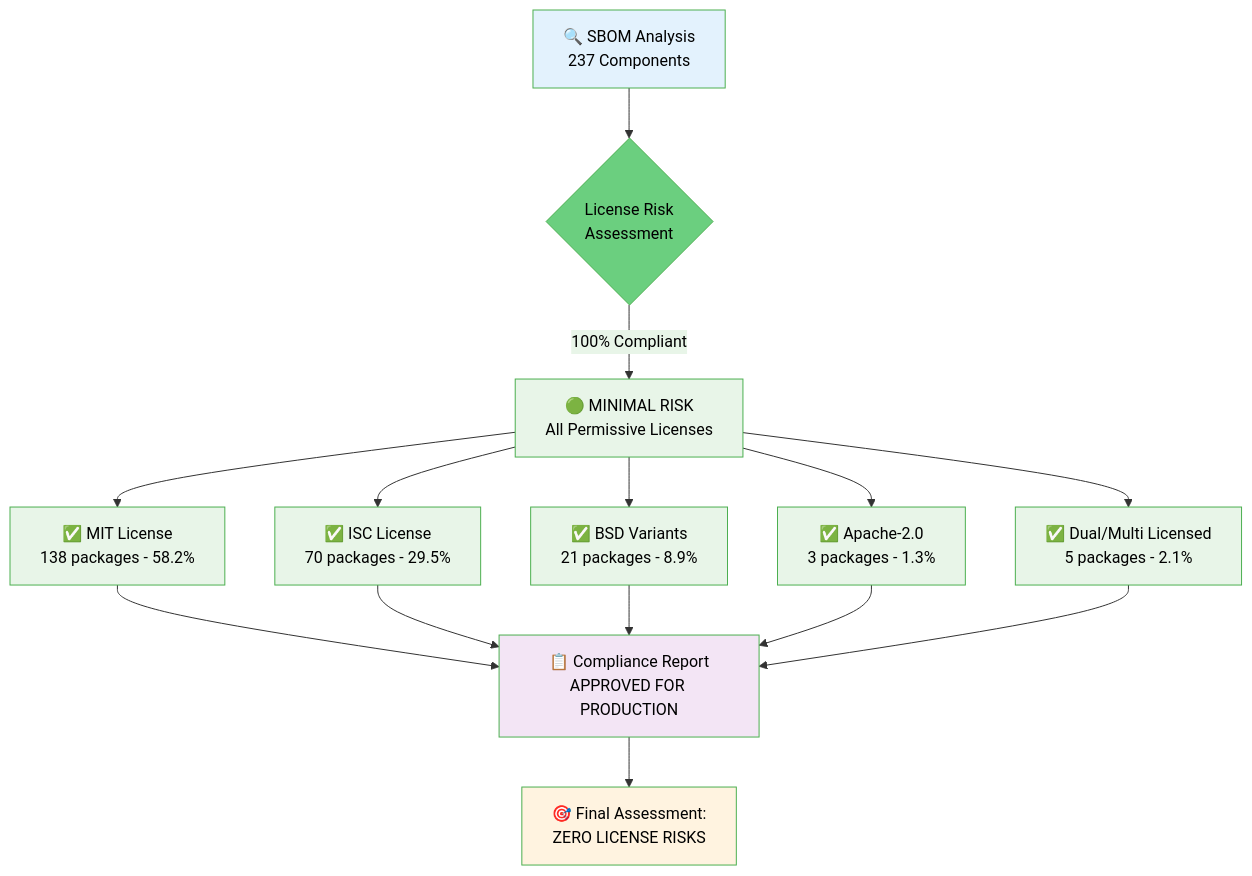
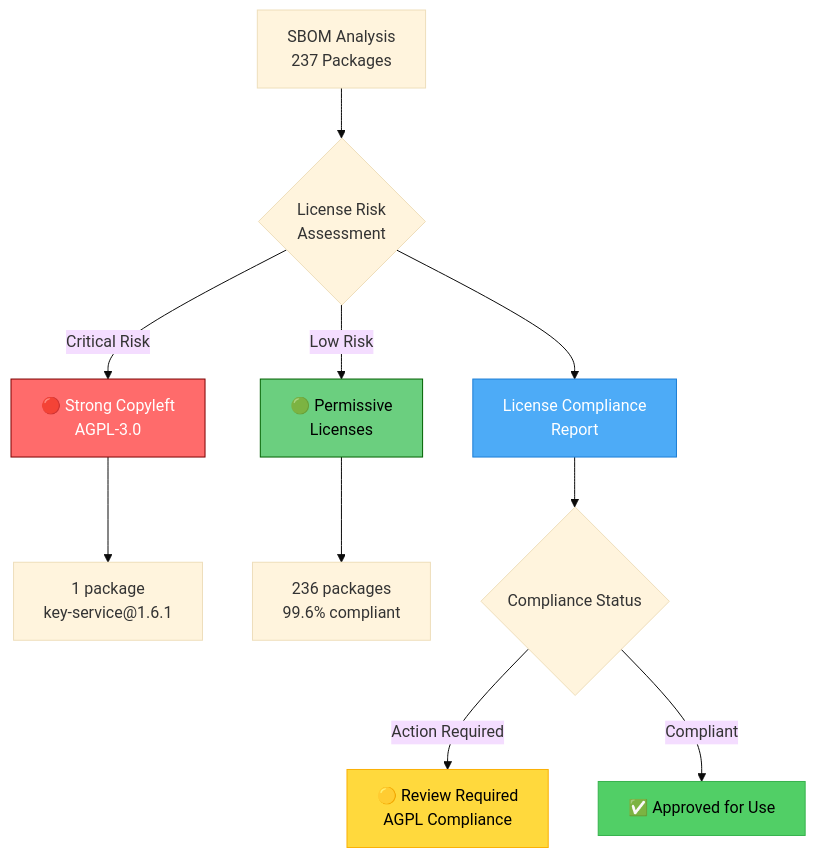
One commit to european-epc-competence-center/key-service changed the fourth of 4 diagrams in SECURITY_REPORT.md. Above: the diagram before and after it, drawn with Mermaid. The commit also changed other lines of this file and 3 other files, not shown here.

````diff
--- a/SECURITY_REPORT.md
+++ b/SECURITY_REPORT.md
@@ -243,29 +335,19 @@
 ```mermaid
-%%{init: {'theme':'base', 'themeVariables': { 'primaryColor': '#6bcf7f', 'primaryTextColor': '#000', 'primaryBorderColor': '#4caf50', 'lineColor': '#333', 'secondaryColor': '#e8f5e8', 'tertiaryColor': '#f8f9fa'}}}%%
+%%{init: {'theme':'base'}}%%
 flowchart TD
-    A[🔍 SBOM Analysis<br/>237 Components] --> B{License Risk<br/>Assessment}
-    B -->|100% Compliant| C[🟢 MINIMAL RISK<br/>All Permissive Licenses]
-    C --> D[✅ MIT License<br/>138 packages - 58.2%]
-    C --> E[✅ ISC License<br/>70 packages - 29.5%]
-    C --> F[✅ BSD Variants<br/>21 packages - 8.9%]
-    C --> G[✅ Apache-2.0<br/>3 packages - 1.3%]
-    C --> H[✅ Dual/Multi Licensed<br/>5 packages - 2.1%]
+    A[SBOM Analysis<br/>237 Packages] --> B{License Risk<br/>Assessment}
+    B -->|Critical Risk| C[🔴 Strong Copyleft<br/>AGPL-3.0]
+    C --> C1[1 package<br/>key-service@1.6.1]
+    B -->|Low Risk| E[🟢 Permissive<br/>Licenses]
+    E --> E1[236 packages<br/>99.6% compliant]
+    B --> F[License Compliance<br/>Report]
+    F --> G{Compliance Status}
+    G -->|Action Required| H[🟡 Review Required<br/>AGPL Compliance]
+    G -->|Compliant| I[✅ Approved for Use]
     
-    D --> I[📋 Compliance Report<br/>APPROVED FOR PRODUCTION]
-    E --> I
-    F --> I
-    G --> I
-    H --> I
-    
-    I --> J[🎯 Final Assessment:<br/>ZERO LICENSE RISKS]
-    
-    style A fill:#e3f2fd
-    style C fill:#e8f5e8
-    style I fill:#f3e5f5
-    style J fill:#fff3e0
-    style D fill:#e8f5e8
-    style E fill:#e8f5e8
-    style F fill:#e8f5e8
-    style G fill:#e8f5e8
-    style H fill:#e8f5e8
+    style C fill:#ff6b6b,stroke:#7C0000,color:#fff
+    style E fill:#6bcf7f,stroke:#006100,color:#000
+    style F fill:#4dabf7,stroke:#1c7ed6,color:#fff
+    style H fill:#ffd93d,stroke:#fab005,color:#000
+    style I fill:#51cf66,stroke:#37b24d,color:#000
 ```
````
